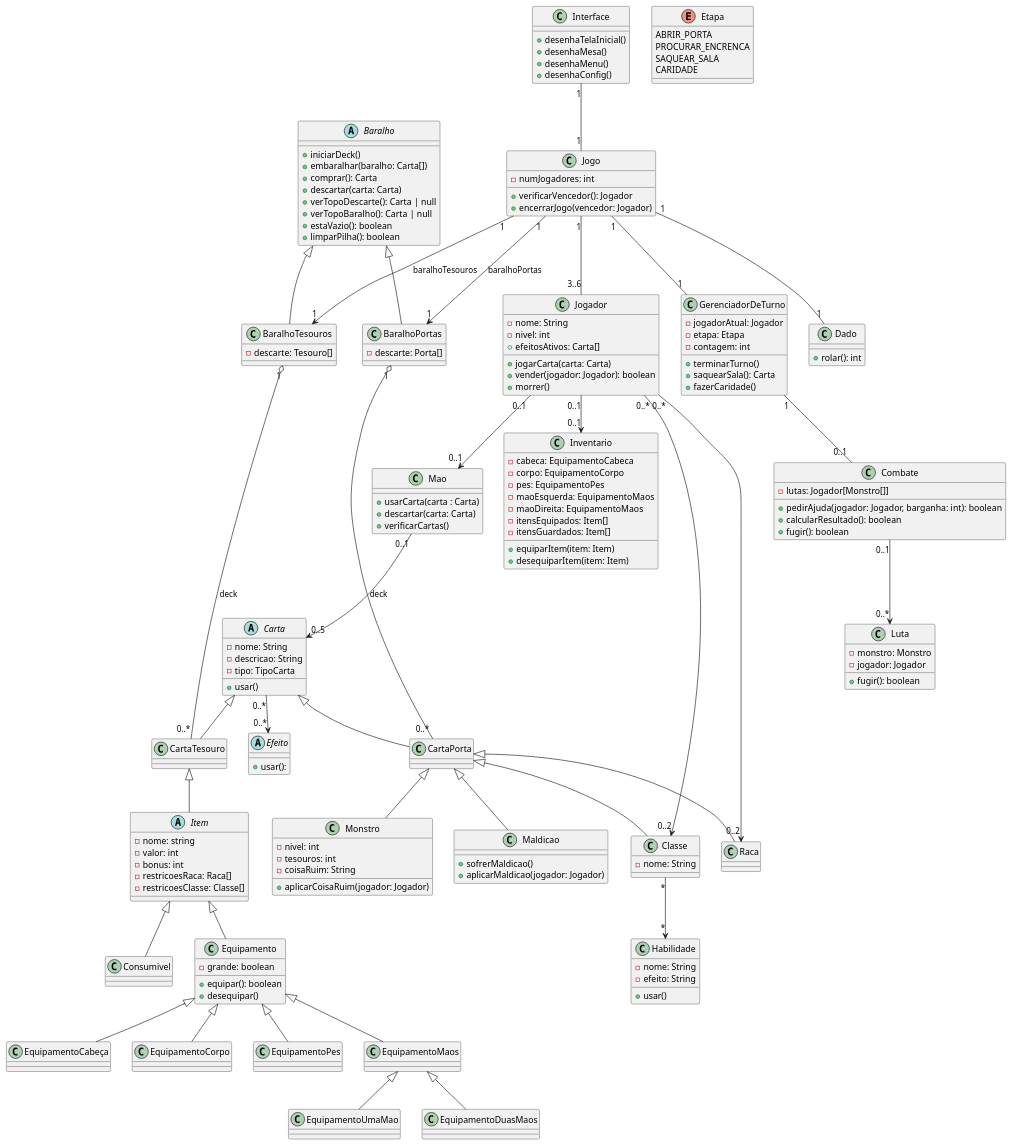
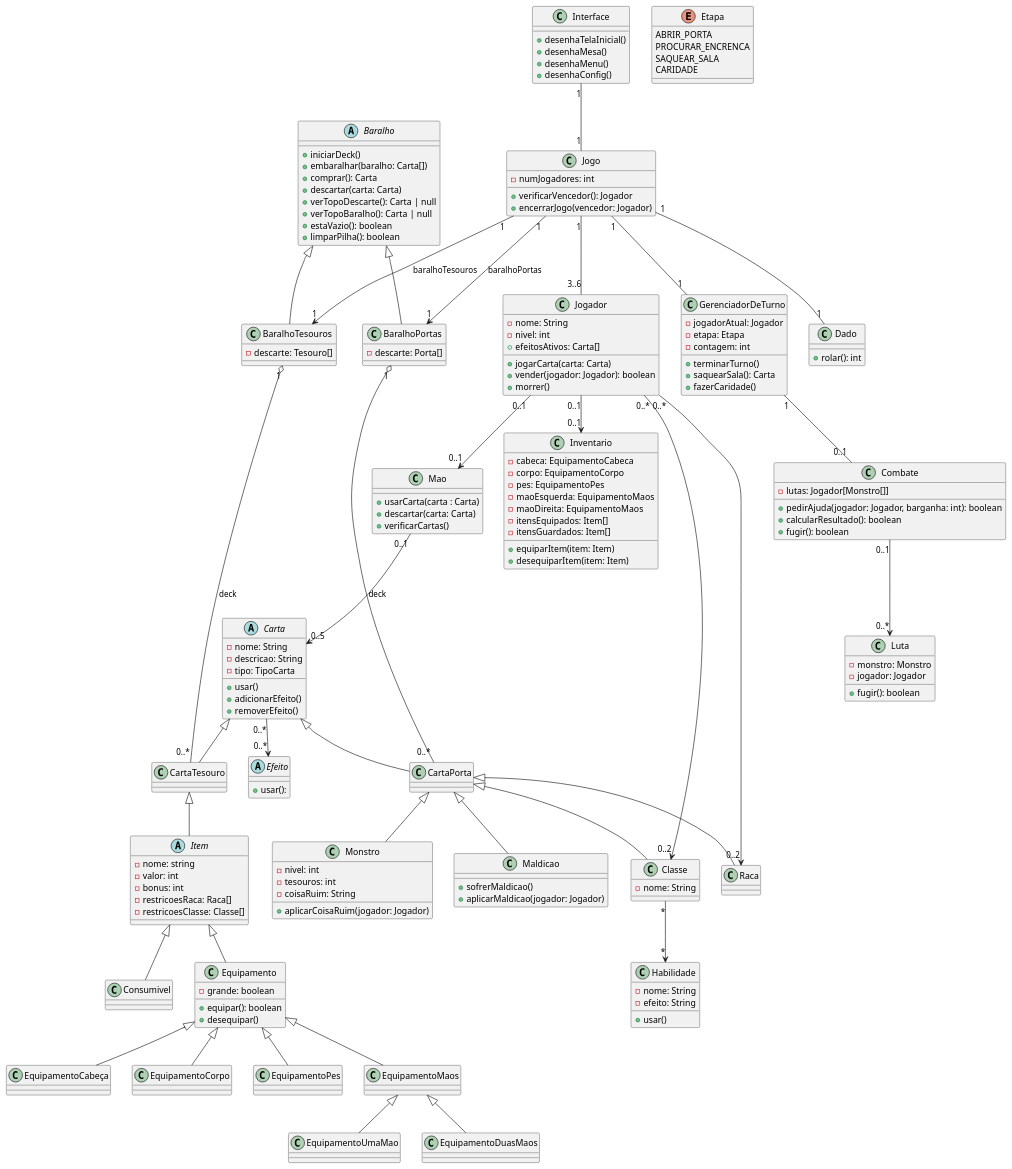
One commit to sricardov/munchkin-ps changed the diagram in src/diagrams/diagrama-de-classes.puml. Above: the diagram before and after it, drawn with PlantUML.

Commit message:
Add adicionarEfeito and removerEfeito methods to Carta class

```diff
--- a/src/diagrams/diagrama-de-classes.puml
+++ b/src/diagrams/diagrama-de-classes.puml
@@ -1,198 +1,200 @@
 @startuml
 class Interface {
   + desenhaTelaInicial()
   + desenhaMesa()
   + desenhaMenu()
   + desenhaConfig()
 }
 
 class Jogo {
   - numJogadores: int
   + verificarVencedor(): Jogador
   + encerrarJogo(vencedor: Jogador)
 }
 
 class Dado {
   + rolar(): int
 }
 
 class Jogador {
   - nome: String
   - nivel: int
   + efeitosAtivos: Carta[]
   + jogarCarta(carta: Carta)
   + vender(jogador: Jogador): boolean
   + morrer()
 }
 
 class GerenciadorDeTurno {
   - jogadorAtual: Jogador
   - etapa: Etapa
   - contagem: int
   + terminarTurno()
   + saquearSala(): Carta
   + fazerCaridade()
 }
 
 class Mao {
   + usarCarta(carta : Carta)
   + descartar(carta: Carta)
   + verificarCartas()
 }
 
 class Inventario {
   - cabeca: EquipamentoCabeca
   - corpo: EquipamentoCorpo
   - pes: EquipamentoPes
   - maoEsquerda: EquipamentoMaos
   - maoDireita: EquipamentoMaos
   - itensEquipados: Item[]
   - itensGuardados: Item[]
   + equiparItem(item: Item)
   + desequiparItem(item: Item)
 }
 
 class Luta {
   - monstro: Monstro
   - jogador: Jogador
   + fugir(): boolean
 }
 
 class Combate {
   - lutas: Jogador[Monstro[]]
   + pedirAjuda(jogador: Jogador, barganha: int): boolean
   + calcularResultado(): boolean
   + fugir(): boolean
 }
 
 abstract class Efeito {
  + usar():
 }
 
 enum Etapa {
   ABRIR_PORTA
   PROCURAR_ENCRENCA
   SAQUEAR_SALA
   CARIDADE
 }
 
 abstract class Carta {
   - nome: String
   - descricao: String
   - tipo: TipoCarta
   + usar()
+  + adicionarEfeito()
+  + removerEfeito()
 }
 
 class Monstro extends CartaPorta {
   - nivel: int
   - tesouros: int
   - coisaRuim: String
   + aplicarCoisaRuim(jogador: Jogador)
 }
 
 class Maldicao extends CartaPorta {
   + sofrerMaldicao()
   + aplicarMaldicao(jogador: Jogador)
 }
 
 abstract class Item extends CartaTesouro {
   - nome: string
   - valor: int
   - bonus: int
   - restricoesRaca: Raca[]
   - restricoesClasse: Classe[]
 }
 
 class Equipamento extends Item {
   - grande: boolean
   + equipar(): boolean
   + desequipar()
 }
 
 class EquipamentoCabeça extends Equipamento {
 
 }
 
 class EquipamentoCorpo extends Equipamento {
 
 }
 
 class EquipamentoPes extends Equipamento {
 
 }
 
 class EquipamentoMaos extends Equipamento {
 
 }
 class EquipamentoUmaMao extends EquipamentoMaos {
 
 }
 
 class EquipamentoDuasMaos extends EquipamentoMaos {
 
 }
 
 
 class Consumivel extends Item {
 
 }
 
 abstract class Baralho {
   + iniciarDeck()
   + embaralhar(baralho: Carta[])
   + comprar(): Carta
   + descartar(carta: Carta)
   + verTopoDescarte(): Carta | null
   + verTopoBaralho(): Carta | null
   + estaVazio(): boolean
   + limparPilha(): boolean
 }
 
 class BaralhoPortas extends Baralho {
   - descarte: Porta[]
 }
 
 class BaralhoTesouros extends Baralho {
   - descarte: Tesouro[]
 }
 
 class CartaPorta extends Carta {
 
 }
 
 class CartaTesouro extends Carta {
 
 }
 
 class Raca extends CartaPorta {
 
 }
 
 class Classe extends CartaPorta {
   - nome: String
 }
 
 class Habilidade {
   - nome: String
   - efeito: String
   + usar()
 }
 
 Interface "1" -- "1" Jogo
 Jogo "1" -- "3..6" Jogador
 Jogo "1" -- "1" Dado
 Jogo "1" -- "1" GerenciadorDeTurno
 Jogo "1" --> "1" BaralhoPortas : baralhoPortas
 Jogo "1" --> "1" BaralhoTesouros : baralhoTesouros
 Jogador "0..1" --> "0..1" Mao
 Jogador "0..1" --> "0..1" Inventario
 GerenciadorDeTurno "1" -- "0..1" Combate
 Combate "0..1" --> "0..*" Luta
 Mao "0..1" --> "0..5" Carta
 Carta "0..*" --> "0..*" Efeito
 Jogador "0..*" --> "0..2" Raca
 Jogador "0..*" --> "0..2" Classe
 Classe "*" --> "*" Habilidade
 BaralhoPortas "1" o-- "0..*" CartaPorta : deck
 BaralhoTesouros "1" o-- "0..*" CartaTesouro : deck
 @enduml
```
